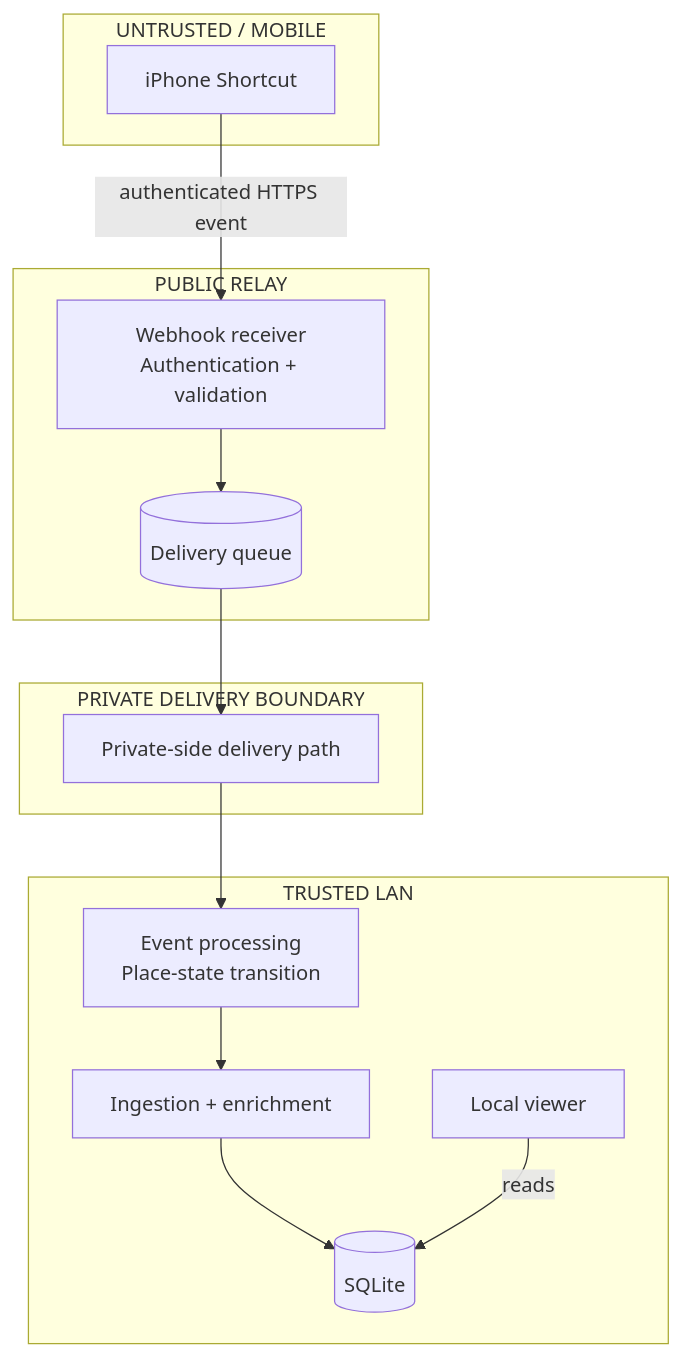
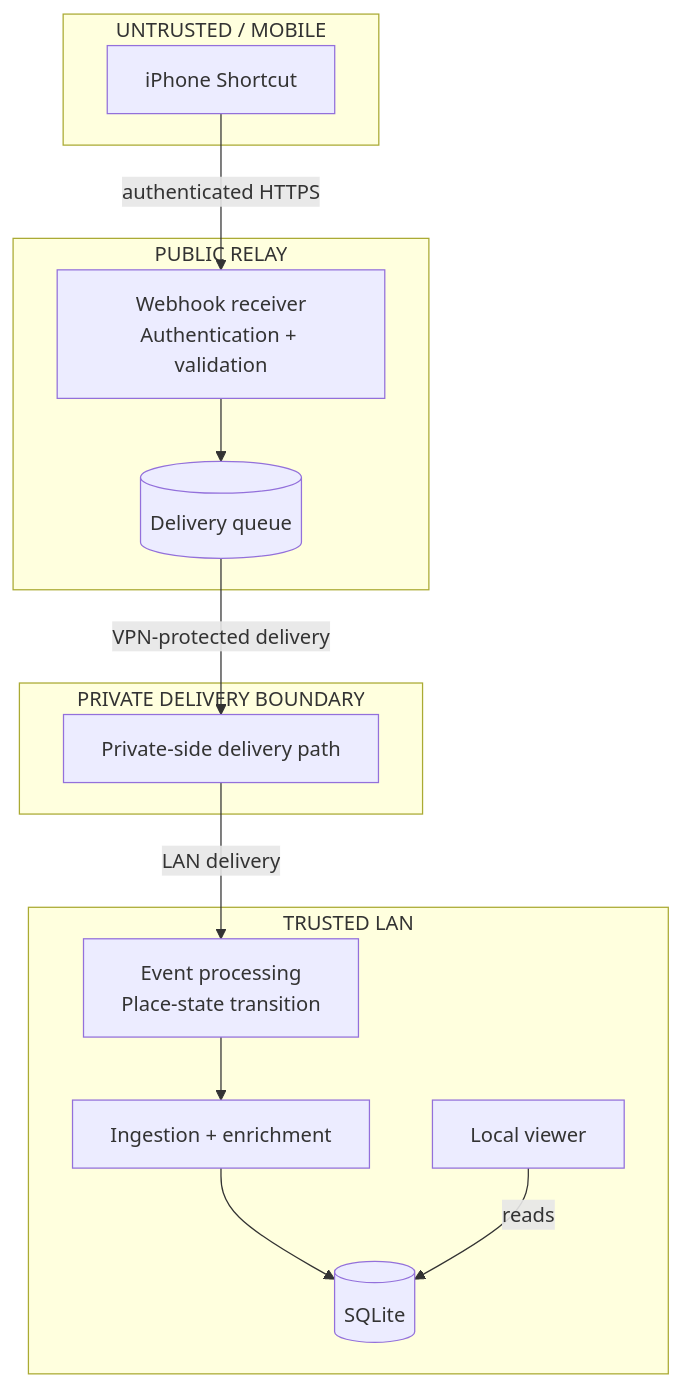
The diagram in README.md (broeneatsdinner/presence-relay), drawn with Mermaid before and after one commit.

Commit message:
Update terminology in README for clarity

````diff
--- a/README.md
+++ b/README.md
@@ -60,32 +60,32 @@
 ```mermaid
 flowchart TB
 	subgraph mobile["UNTRUSTED / MOBILE"]
 		shortcut["iPhone Shortcut"]
 	end
 
 	subgraph relay["PUBLIC RELAY"]
 		intake["Webhook receiver<br/>Authentication + validation"]
 		queue[("Delivery queue")]
 
 		intake --> queue
 	end
 
 	subgraph boundary["PRIVATE DELIVERY BOUNDARY"]
 		delivery["Private-side delivery path"]
 	end
 
 	subgraph lan["TRUSTED LAN"]
 		processing["Event processing<br/>Place-state transition"]
 		enrichment["Ingestion + enrichment"]
 		db[("SQLite")]
 		viewer["Local viewer"]
 
 		processing --> enrichment
 		enrichment --> db
 		viewer -->|"reads"| db
 	end
 
-	shortcut -->|"authenticated HTTPS event"| intake
-	queue --> delivery
-	delivery --> processing
+	shortcut -->|"authenticated HTTPS"| intake
+	queue -->|"VPN-protected delivery"| delivery
+	delivery -->|"LAN delivery"| processing
 ```
````
